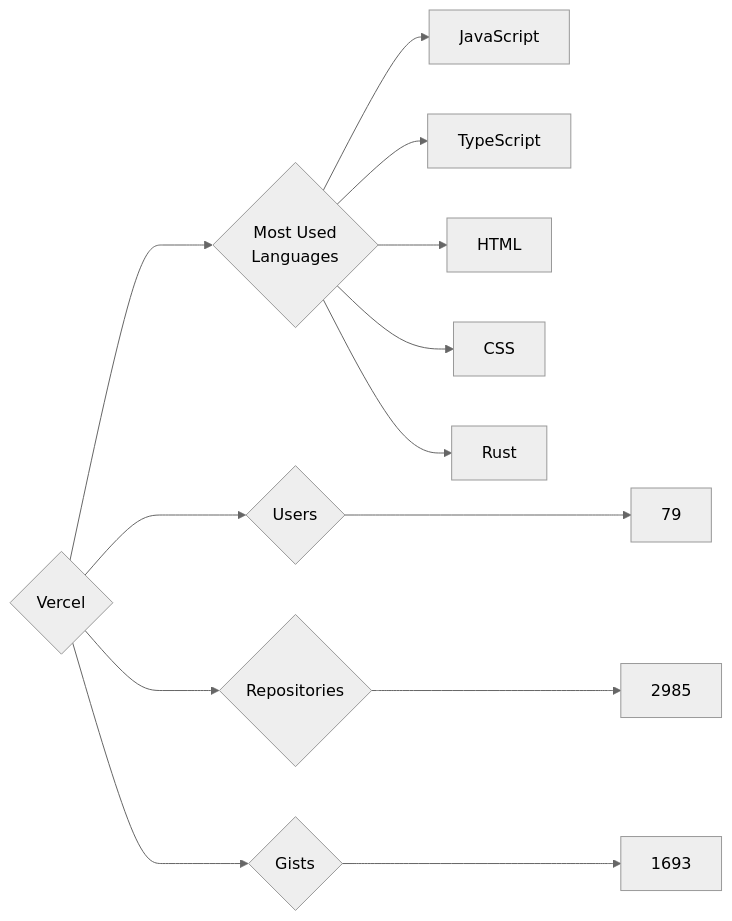
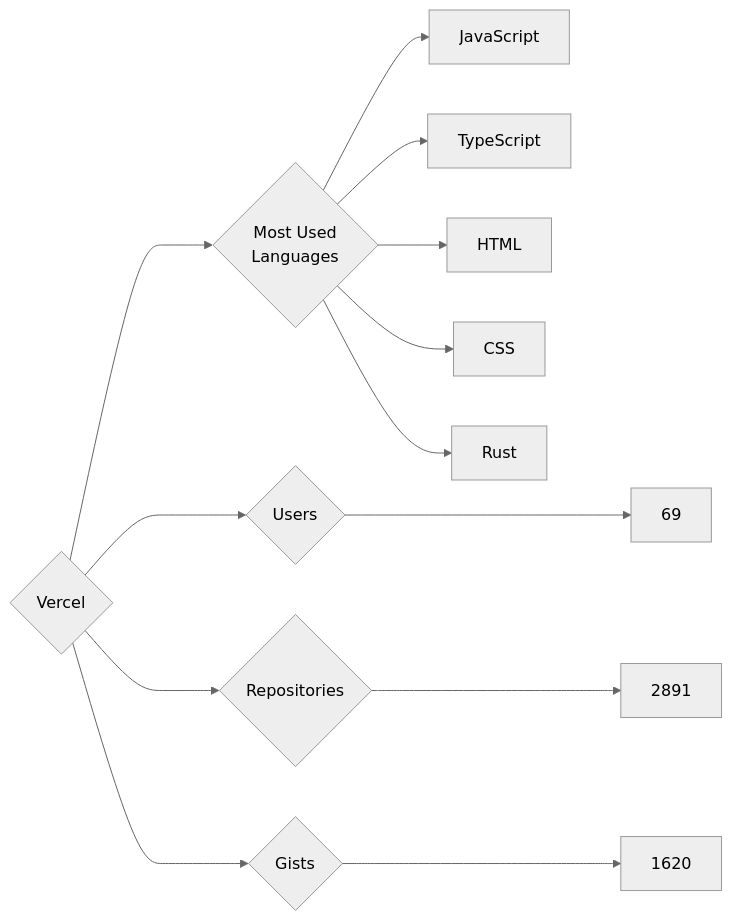
The diagram in targets/Vercel/README.md (trickest/insiders), drawn with Mermaid (neutral theme) before and after one commit. The commit also changed 765 other files, not shown here.

````diff
--- a/targets/Vercel/README.md
+++ b/targets/Vercel/README.md
@@ -3,13 +3,13 @@
 ```mermaid
 graph LR
 COMPANY_NAME{Vercel}
-COMPANY_NAME ---> U{Users} ---> UN[79]
-COMPANY_NAME ---> R{Repositories} ---> RN[2985]
-COMPANY_NAME ---> G{Gists} ---> GN[1693]
+COMPANY_NAME ---> U{Users} ---> UN[69]
+COMPANY_NAME ---> R{Repositories} ---> RN[2891]
+COMPANY_NAME ---> G{Gists} ---> GN[1620]
 COMPANY_NAME ---> ML{Most Used<br>Languages}
 ML --> JavaScript[JavaScript]
 ML --> TypeScript[TypeScript]
 ML --> HTML[HTML]
 ML --> CSS[CSS]
 ML --> Rust[Rust]
 ```
````
